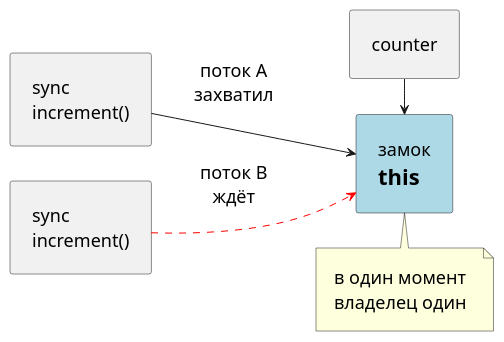
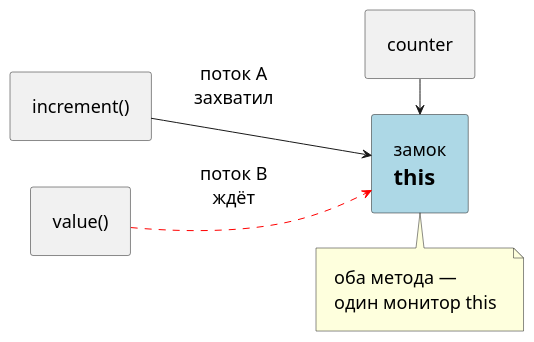
Before and after one commit to alex-sky-cloud/greeting-service-infra: the fourth of 15 diagrams in reactive-study/docs/java-concurrency-course/02-synchronized.md, drawn with PlantUML. The commit also changed other lines of this file, not shown here.

````diff
--- a/reactive-study/docs/java-concurrency-course/02-synchronized.md
+++ b/reactive-study/docs/java-concurrency-course/02-synchronized.md
@@ -242,19 +270,19 @@
 ```plantuml
 
 @startuml
 skinparam defaultFontSize 18
 skinparam padding 12
 left to right direction
 rectangle "counter" as O
 rectangle "замок\n= this" as L #LightBlue
 O -right-> L
-rectangle "sync\nincrement()" as M1
-rectangle "sync\nincrement()" as M2
+rectangle "increment()" as M1
+rectangle "value()" as M2
 M1 -down-> L : поток A\nзахватил
 M2 -[#Red,dashed]down-> L : поток B\nждёт
 note bottom of L
-  в один момент
-  владелец один
+  оба метода —
+  один монитор this
 end note
 @enduml
 ```
````
